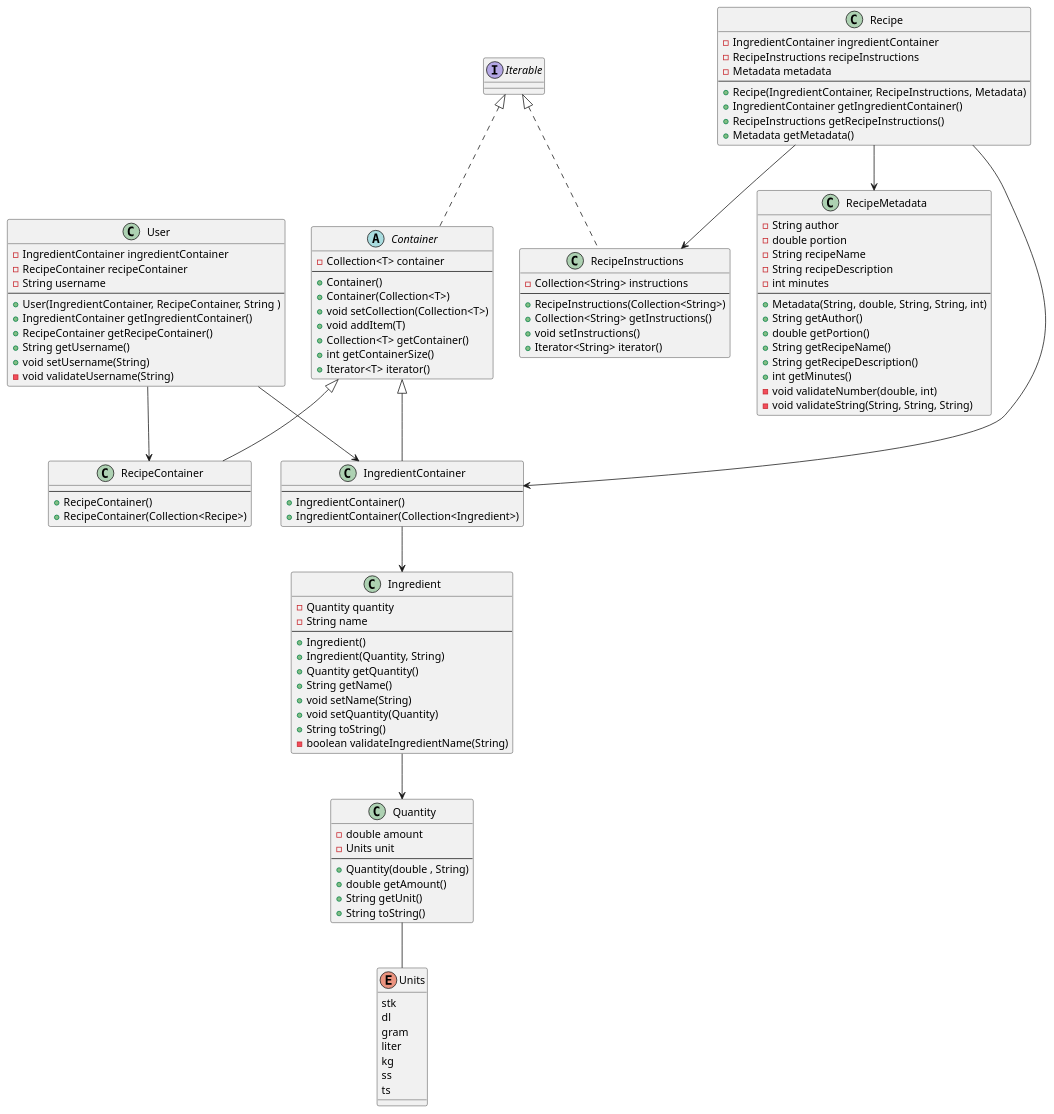
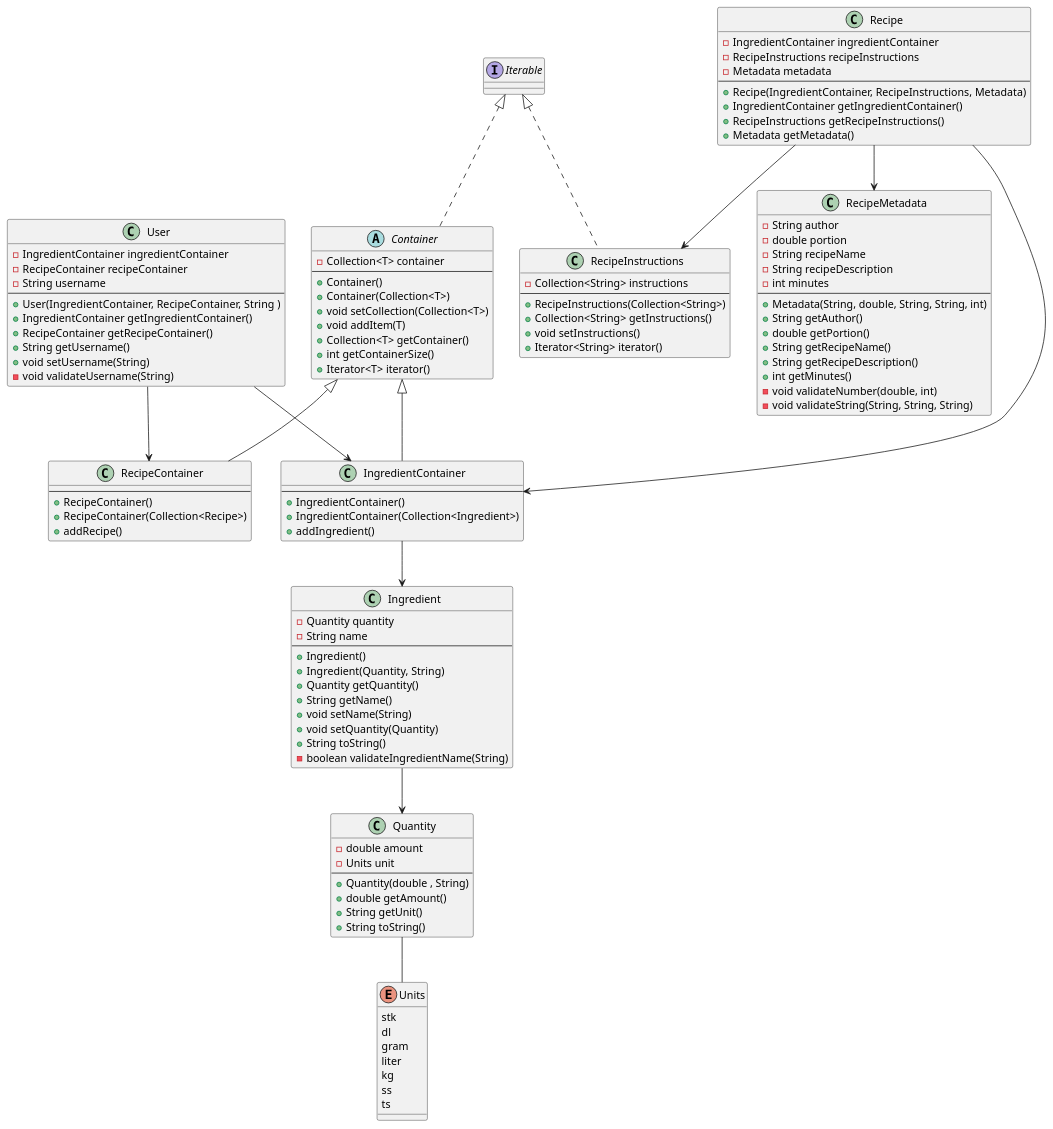
Before and after one commit to joonerik/dinnerium: the diagram in documentation/diagrams/src/class_diagram.puml, drawn with PlantUML.

Commit message:
add super methods to container subclasses

```diff
--- a/documentation/diagrams/src/class_diagram.puml
+++ b/documentation/diagrams/src/class_diagram.puml
@@ -1,125 +1,127 @@
 @startuml sequence_diagram
 class Recipe {
     - IngredientContainer ingredientContainer
     - RecipeInstructions recipeInstructions
     - Metadata metadata
     --
     + Recipe(IngredientContainer, RecipeInstructions, Metadata)
     + IngredientContainer getIngredientContainer()
     + RecipeInstructions getRecipeInstructions()
     + Metadata getMetadata()
 }
 
 class Quantity {
     - double amount
     - Units unit
     --
     + Quantity(double , String)
     + double getAmount()
     + String getUnit()
     + String toString()
 }
 
 enum Units {
     stk
     dl
     gram
     liter
     kg
     ss
     ts
 }
 
 class Ingredient {
     - Quantity quantity
     - String name
     --
     + Ingredient()
     + Ingredient(Quantity, String)
     + Quantity getQuantity()
     + String getName()
     + void setName(String)
     + void setQuantity(Quantity)
     + String toString()
     - boolean validateIngredientName(String)
 }
 
 abstract class Container {
   - Collection<T> container
   --
   + Container()
   + Container(Collection<T>) 
   + void setCollection(Collection<T>)
   + void addItem(T)  
   + Collection<T> getContainer()
   + int getContainerSize()
   + Iterator<T> iterator()
 }
 
 class IngredientContainer {
     --
     + IngredientContainer()
     + IngredientContainer(Collection<Ingredient>)
+    + addIngredient()
 }
 
 class RecipeContainer {
     --
     + RecipeContainer()
     + RecipeContainer(Collection<Recipe>)
+    + addRecipe()
 }
 
 class RecipeInstructions {
     - Collection<String> instructions
     --
     + RecipeInstructions(Collection<String>)
     + Collection<String> getInstructions()
     + void setInstructions()
     + Iterator<String> iterator()
 }
 
 class RecipeMetadata {
     - String author
     - double portion
     - String recipeName
     - String recipeDescription
     - int minutes
     --
     + Metadata(String, double, String, String, int)
     + String getAuthor()
     + double getPortion()
     + String getRecipeName()
     + String getRecipeDescription()
     + int getMinutes()
     - void validateNumber(double, int)
     - void validateString(String, String, String)
 }
 
 class User {
     - IngredientContainer ingredientContainer
     - RecipeContainer recipeContainer
     - String username
     --
     + User(IngredientContainer, RecipeContainer, String )
     + IngredientContainer getIngredientContainer()
     + RecipeContainer getRecipeContainer()
     + String getUsername()
     + void setUsername(String)
     - void validateUsername(String)
 }
 
 interface Iterable
 interface Iterable
 
 User --> RecipeContainer
 User --> IngredientContainer
 Recipe --> IngredientContainer
 Recipe --> RecipeInstructions
 Recipe --> RecipeMetadata
 IngredientContainer --> Ingredient
 Ingredient --> Quantity
 Quantity -- Units
 abstract class Container implements Iterable
 class RecipeInstructions implements Iterable
 class RecipeContainer extends Container
 class IngredientContainer extends Container
 @enduml
```
